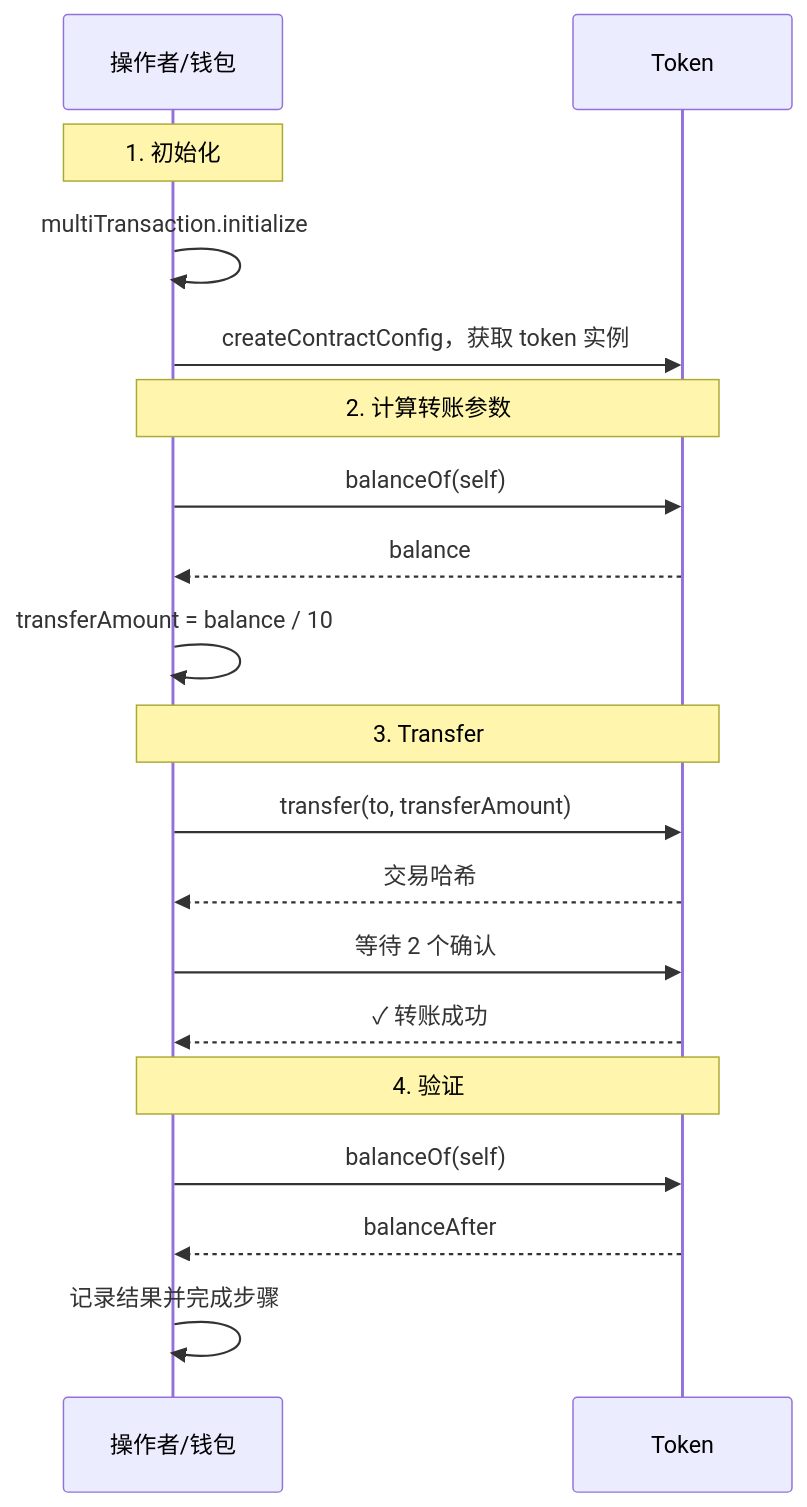
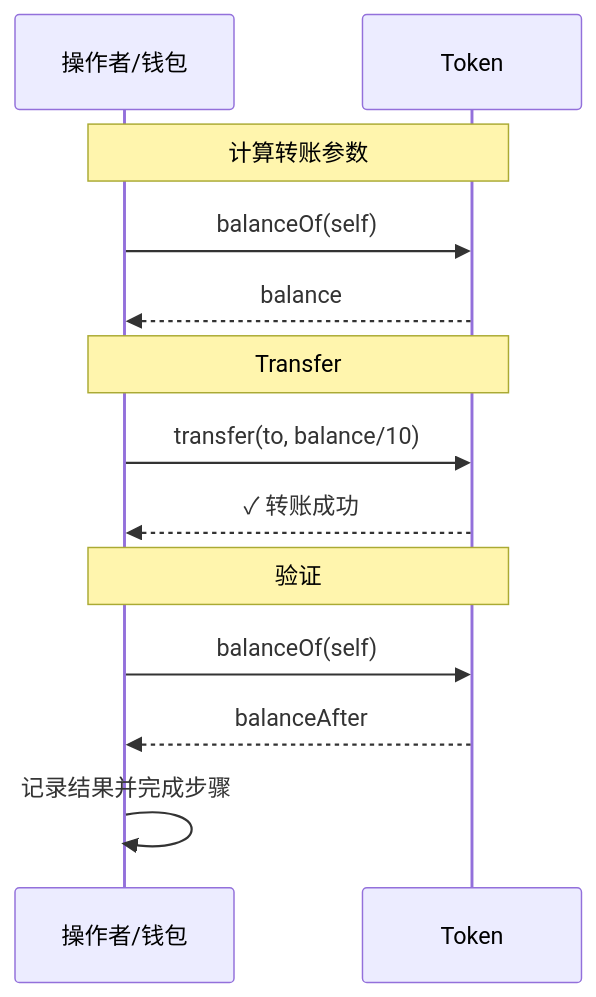
One commit to Joshuashen022/erc-3643-demo changed the diagram in document/examples/publicFlow.md. Above: the diagram before and after it, drawn with Mermaid. The commit also changed 10 other files, not shown here.

````diff
--- a/document/examples/publicFlow.md
+++ b/document/examples/publicFlow.md
@@ -5,25 +5,18 @@
 ```mermaid
 sequenceDiagram
     participant Operator as 操作者/钱包
     participant Token as Token
 
-    Note over Operator: 1. 初始化
-    Operator->>Operator: multiTransaction.initialize
-    Operator->>Token: createContractConfig，获取 token 实例
-
-    Note over Operator,Token: 2. 计算转账参数
+    Note over Operator,Token: 计算转账参数
     Operator->>Token: balanceOf(self)
     Token-->>Operator: balance
-    Operator->>Operator: transferAmount = balance / 10
 
-    Note over Operator,Token: 3. Transfer
-    Operator->>Token: transfer(to, transferAmount)
-    Token-->>Operator: 交易哈希
-    Operator->>Token: 等待 2 个确认
+    Note over Operator,Token: Transfer
+    Operator->>Token: transfer(to, balance/10)
     Token-->>Operator: ✓ 转账成功
 
-    Note over Operator,Token: 4. 验证
+    Note over Operator,Token: 验证
     Operator->>Token: balanceOf(self)
     Token-->>Operator: balanceAfter
     Operator->>Operator: 记录结果并完成步骤
 ```
````
